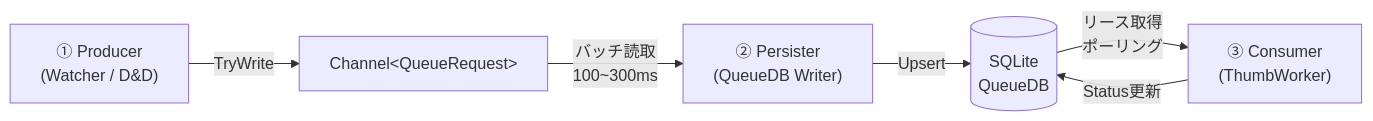
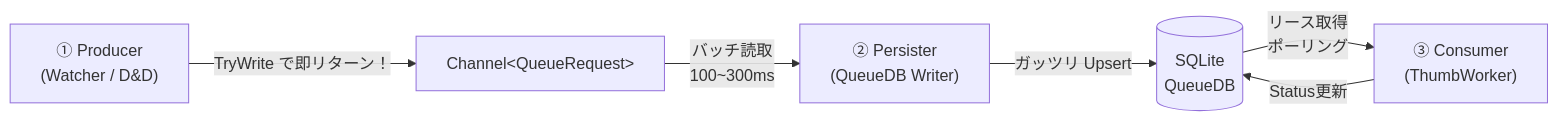
One commit to XiAce-Lite/IndigoMovieManager changed the diagram in Thumbnail/plan_AsyncQueueDbArchitecture_サムネイルキュー専用DB_非同期処理アーキテクチャ最終設計.md. Above: the diagram before and after it, drawn with Mermaid. The commit also changed other lines of this file and 13 other files, not shown here.

````diff
--- a/Thumbnail/plan_AsyncQueueDbArchitecture_サムネイルキュー専用DB_非同期処理アーキテクチャ最終設計.md
+++ b/Thumbnail/plan_AsyncQueueDbArchitecture_サムネイルキュー専用DB_非同期処理アーキテクチャ最終設計.md
@@ -106,8 +112,8 @@
 ```mermaid
 flowchart LR
-    A["① Producer<br/>(Watcher / D&D)"] -->|TryWrite| B["Channel&lt;QueueRequest&gt;"]
+    A["① Producer<br/>(Watcher / D&D)"] -->|TryWrite で即リターン！| B["Channel&lt;QueueRequest&gt;"]
     B -->|バッチ読取<br/>100~300ms| C["② Persister<br/>(QueueDB Writer)"]
-    C -->|Upsert| D[(SQLite<br/>QueueDB)]
+    C -->|ガッツリ Upsert| D[(SQLite<br/>QueueDB)]
     D -->|リース取得<br/>ポーリング| E["③ Consumer<br/>(ThumbWorker)"]
     E -->|Status更新| D
 ```
````
